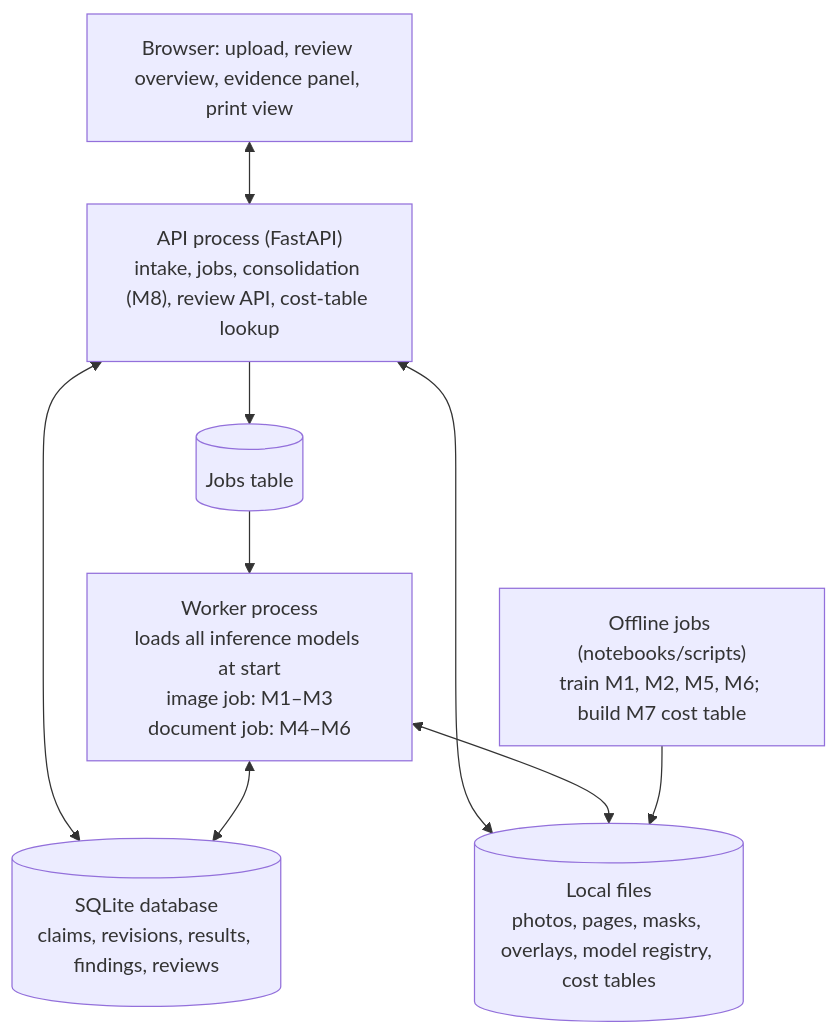
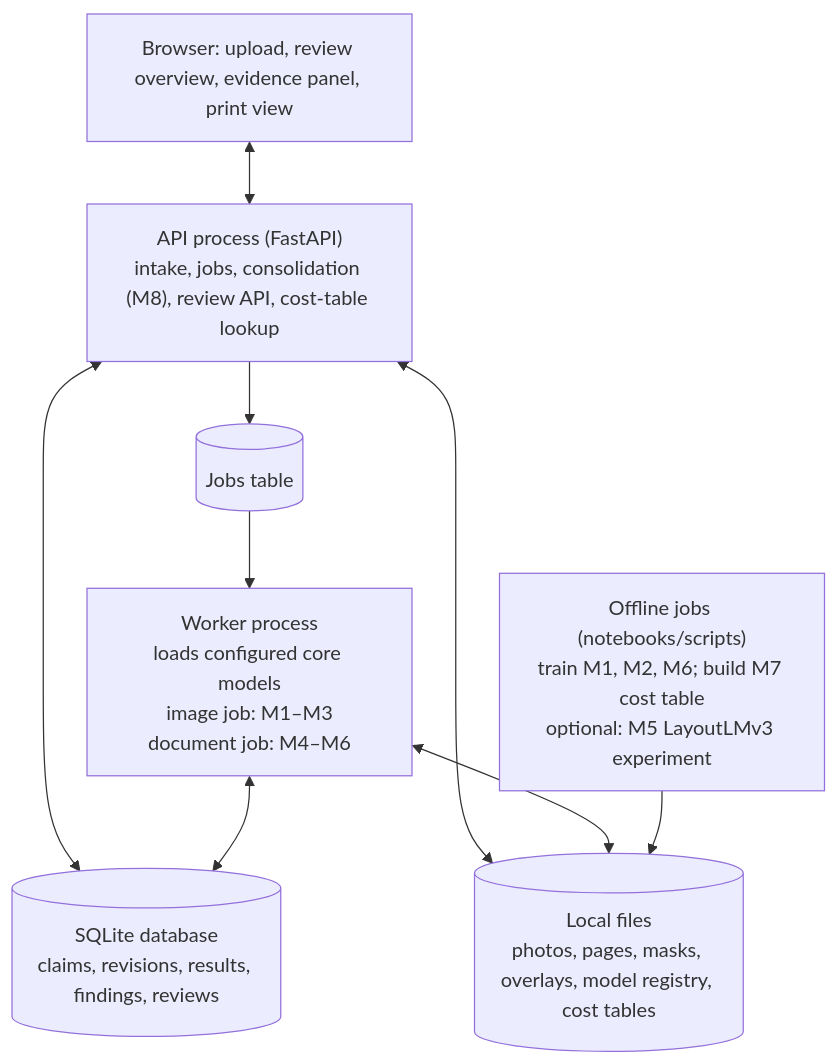
Before and after one commit to RodelFMiguel/CLAIM-CMEV: the fourth of 5 diagrams in docs/CLAIM-CMEV_project_proposal_v2.md, drawn with Mermaid. The commit also changed other lines of this file and 1 other file, not shown here.

````diff
--- a/docs/CLAIM-CMEV_project_proposal_v2.md
+++ b/docs/CLAIM-CMEV_project_proposal_v2.md
@@ -336,11 +360,11 @@
 ```mermaid
 flowchart TD
     UI["Browser: upload, review overview, evidence panel, print view"] <--> API["API process (FastAPI)<br/>intake, jobs, consolidation (M8), review API, cost-table lookup"]
     API --> JOBS[("Jobs table")]
-    JOBS --> WK["Worker process<br/>loads all inference models at start<br/>image job: M1–M3<br/>document job: M4–M6"]
+    JOBS --> WK["Worker process<br/>loads configured core models<br/>image job: M1–M3<br/>document job: M4–M6"]
     API <--> DB[("SQLite database<br/>claims, revisions, results, findings, reviews")]
     WK <--> DB
     API <--> FS[("Local files<br/>photos, pages, masks, overlays, model registry, cost tables")]
     WK <--> FS
-    OFF["Offline jobs (notebooks/scripts)<br/>train M1, M2, M5, M6; build M7 cost table"] --> FS
+    OFF["Offline jobs (notebooks/scripts)<br/>train M1, M2, M6; build M7 cost table<br/>optional: M5 LayoutLMv3 experiment"] --> FS
 ```
````
